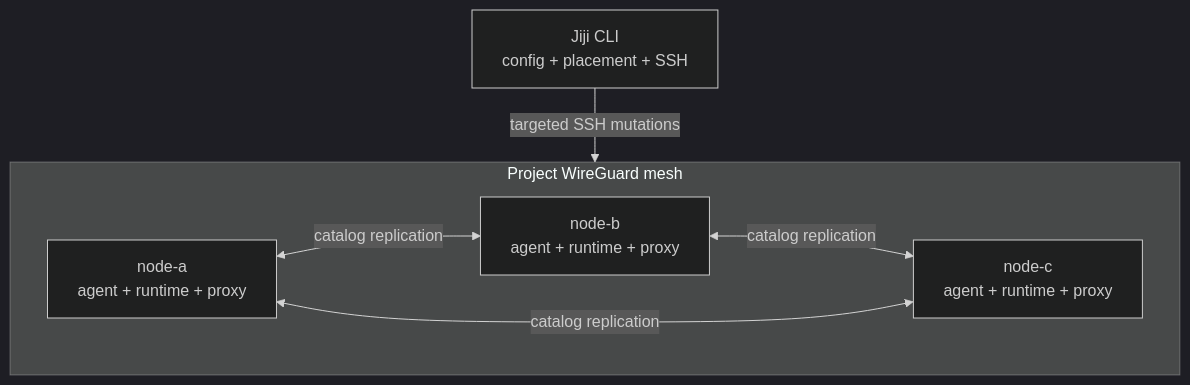
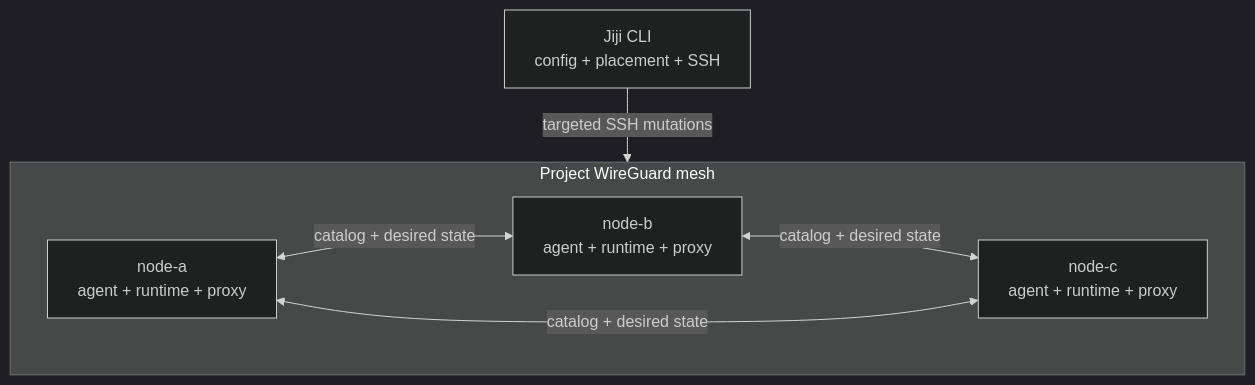
One commit to acidtib/jiji-website changed the first of 3 diagrams in app/docs/getting-started/architecture/page.mdx. Above: the diagram before and after it, drawn with Mermaid (dark theme). The commit also changed other lines of this file and 7 other files, not shown here.

````diff
--- a/app/docs/getting-started/architecture/page.mdx
+++ b/app/docs/getting-started/architecture/page.mdx
@@ -16,19 +16,19 @@
 ```mermaid
 flowchart TB
   accTitle: Jiji distributed architecture
   accDescr: The CLI pushes membership directly over SSH. Project agents then continuously replicate desired placement, catalog records, and DNS peer-to-peer over WireGuard, without a central coordinator.
 
   cli["Jiji CLI<br/>config + placement + SSH"]
 
   subgraph mesh["Project WireGuard mesh"]
     direction LR
     a["node-a<br/>agent + runtime + proxy"]
     b["node-b<br/>agent + runtime + proxy"]
     c["node-c<br/>agent + runtime + proxy"]
-    a <-->|"catalog replication"| b
-    b <-->|"catalog replication"| c
-    c <-->|"catalog replication"| a
+    a <-->|"catalog + desired state"| b
+    b <-->|"catalog + desired state"| c
+    c <-->|"catalog + desired state"| a
   end
 
   cli -->|"targeted SSH mutations"| mesh
 ```
````
